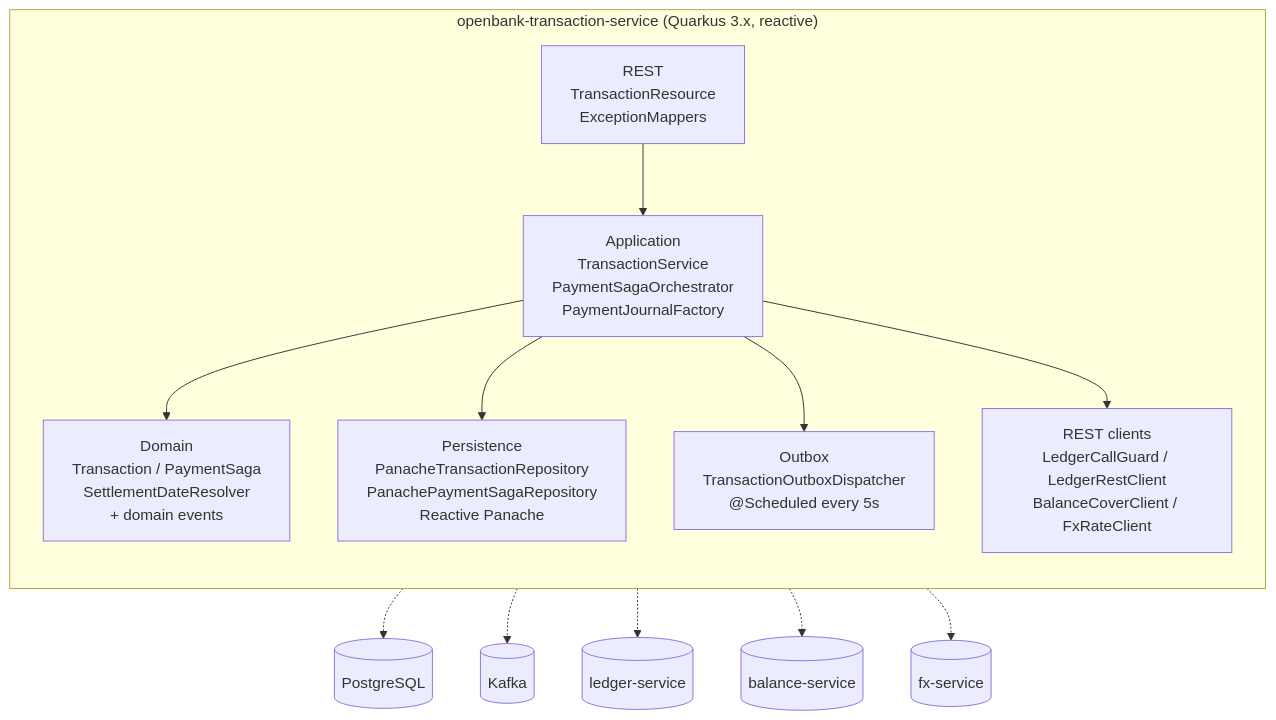
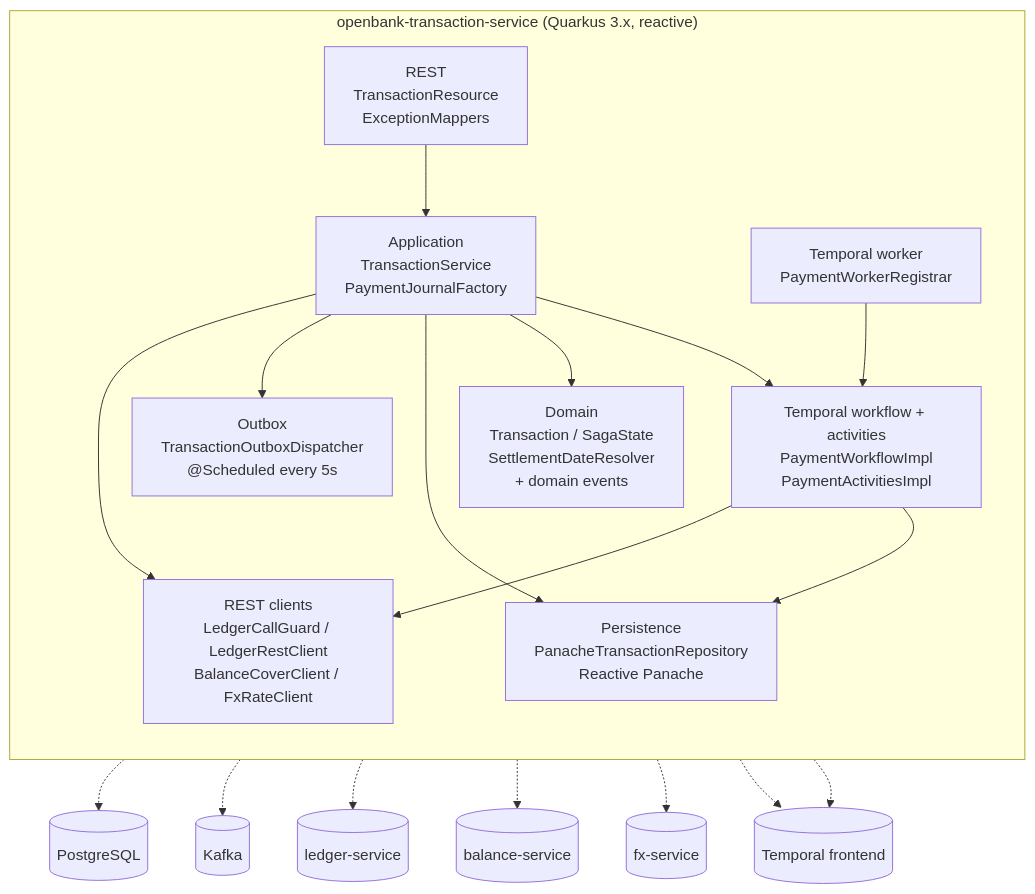
Before and after one commit to JiRaska/open-bank-oss: the second of 4 diagrams in openbank-transaction-service/src/main/resources/docs/02-architecture.en.md, drawn with Mermaid. The commit also changed other lines of this file and 1 other file, not shown here.

Commit message:
docs(transaction): describe Temporal payment workflow

````diff
--- a/openbank-transaction-service/src/main/resources/docs/02-architecture.en.md
+++ b/openbank-transaction-service/src/main/resources/docs/02-architecture.en.md
@@ -38,24 +40,32 @@
 ```mermaid
 graph TB
   subgraph "openbank-transaction-service (Quarkus 3.x, reactive)"
     direction TB
     rest[REST<br/>TransactionResource<br/>ExceptionMappers]
-    uc[Application<br/>TransactionService<br/>PaymentSagaOrchestrator<br/>PaymentJournalFactory]
-    dom[Domain<br/>Transaction / PaymentSaga<br/>SettlementDateResolver<br/>+ domain events]
-    persist[Persistence<br/>PanacheTransactionRepository<br/>PanachePaymentSagaRepository<br/>Reactive Panache]
+    uc[Application<br/>TransactionService<br/>PaymentJournalFactory]
+    workflow[Temporal workflow + activities<br/>PaymentWorkflowImpl<br/>PaymentActivitiesImpl]
+    worker[Temporal worker<br/>PaymentWorkerRegistrar]
+    dom[Domain<br/>Transaction / SagaState<br/>SettlementDateResolver<br/>+ domain events]
+    persist[Persistence<br/>PanacheTransactionRepository<br/>Reactive Panache]
     outbox["Outbox<br/>TransactionOutboxDispatcher<br/>@Scheduled every 5s"]
     clients[REST clients<br/>LedgerCallGuard / LedgerRestClient<br/>BalanceCoverClient / FxRateClient]
   end
 
   rest --> uc
+  uc --> workflow
+  worker --> workflow
   uc --> dom
   uc --> persist
   uc --> outbox
   uc --> clients
+  workflow --> persist
+  workflow --> clients
 
   persist -.-> db[(PostgreSQL)]
   outbox -.-> kafka[(Kafka)]
   clients -.-> led[(ledger-service)]
   clients -.-> bal[(balance-service)]
   clients -.-> fx[(fx-service)]
+  uc -.-> temporal[(Temporal frontend)]
+  worker -.-> temporal
 ```
````
